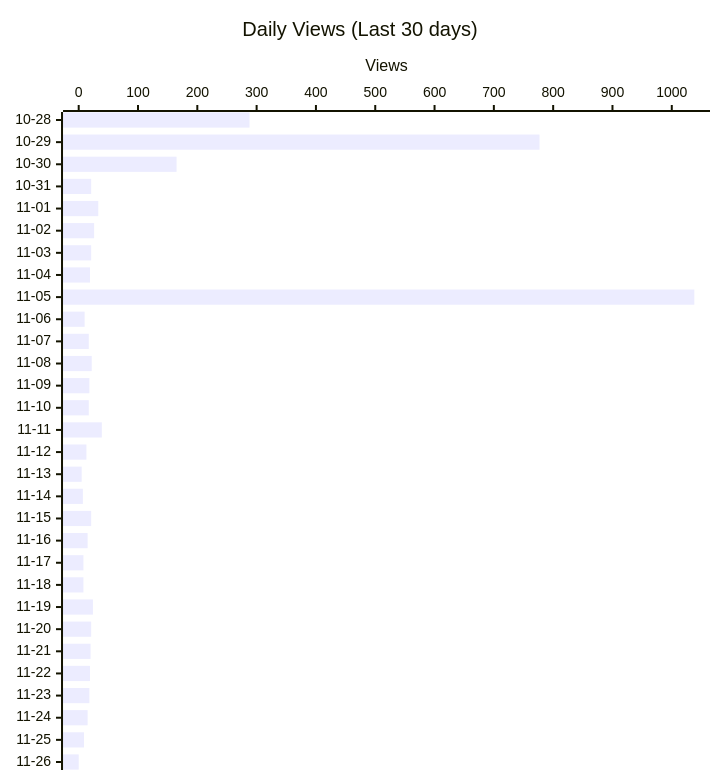
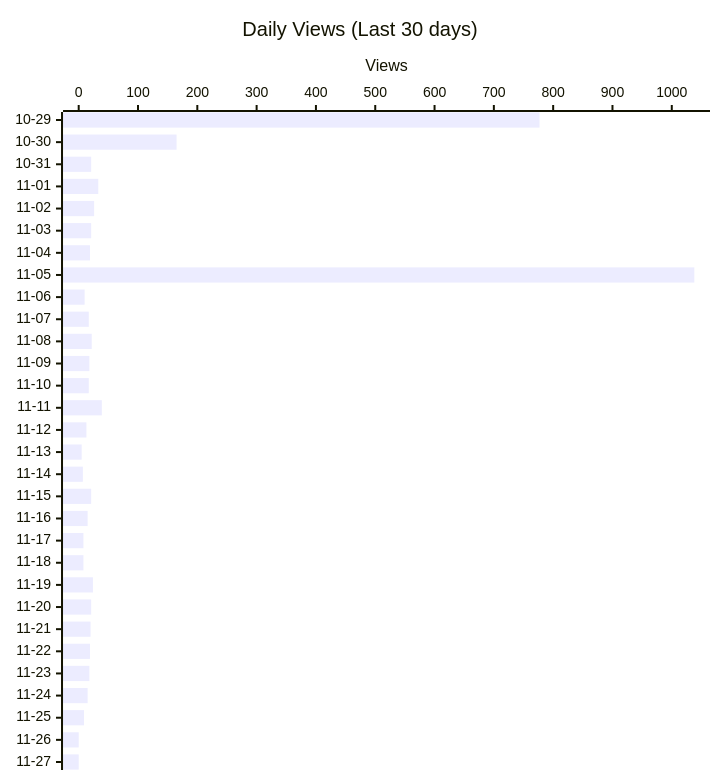
One commit to shigechika/github-insights changed the second of 4 diagrams in README.md. Above: the diagram before and after it, drawn with Mermaid. The commit also changed other lines of this file and 1 other file, not shown here.

````diff
--- a/README.md
+++ b/README.md
@@ -28,12 +28,12 @@
 ```mermaid
 ---
 config:
   xyChart:
     height: 760
 ---
 xychart-beta horizontal
     title "Daily Views (Last 30 days)"
-    x-axis ["10-28", "10-29", "10-30", "10-31", "11-01", "11-02", "11-03", "11-04", "11-05", "11-06", "11-07", "11-08", "11-09", "11-10", "11-11", "11-12", "11-13", "11-14", "11-15", "11-16", "11-17", "11-18", "11-19", "11-20", "11-21", "11-22", "11-23", "11-24", "11-25", "11-26"]
+    x-axis ["10-29", "10-30", "10-31", "11-01", "11-02", "11-03", "11-04", "11-05", "11-06", "11-07", "11-08", "11-09", "11-10", "11-11", "11-12", "11-13", "11-14", "11-15", "11-16", "11-17", "11-18", "11-19", "11-20", "11-21", "11-22", "11-23", "11-24", "11-25", "11-26", "11-27"]
     y-axis "Views"
-    bar [288, 777, 165, 21, 33, 26, 21, 19, 1038, 10, 17, 22, 18, 17, 39, 13, 5, 7, 21, 15, 8, 8, 24, 21, 20, 19, 18, 15, 9, 0]
+    bar [777, 165, 21, 33, 26, 21, 19, 1038, 10, 17, 22, 18, 17, 39, 13, 5, 7, 21, 15, 8, 8, 24, 21, 20, 19, 18, 15, 9, 0, 0]
 ```
````
